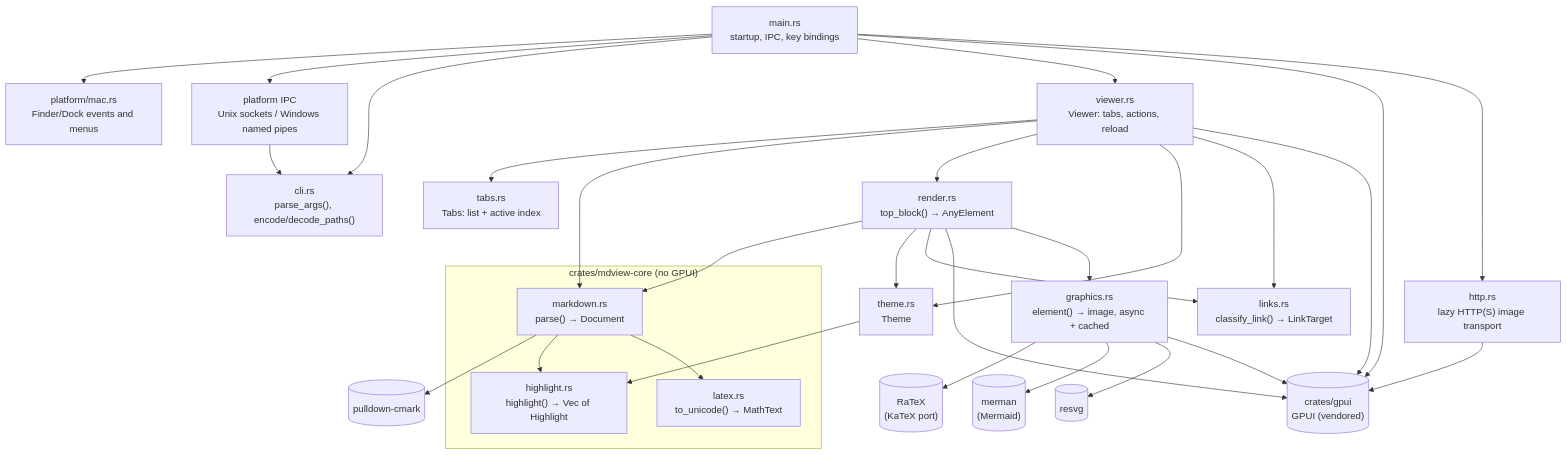
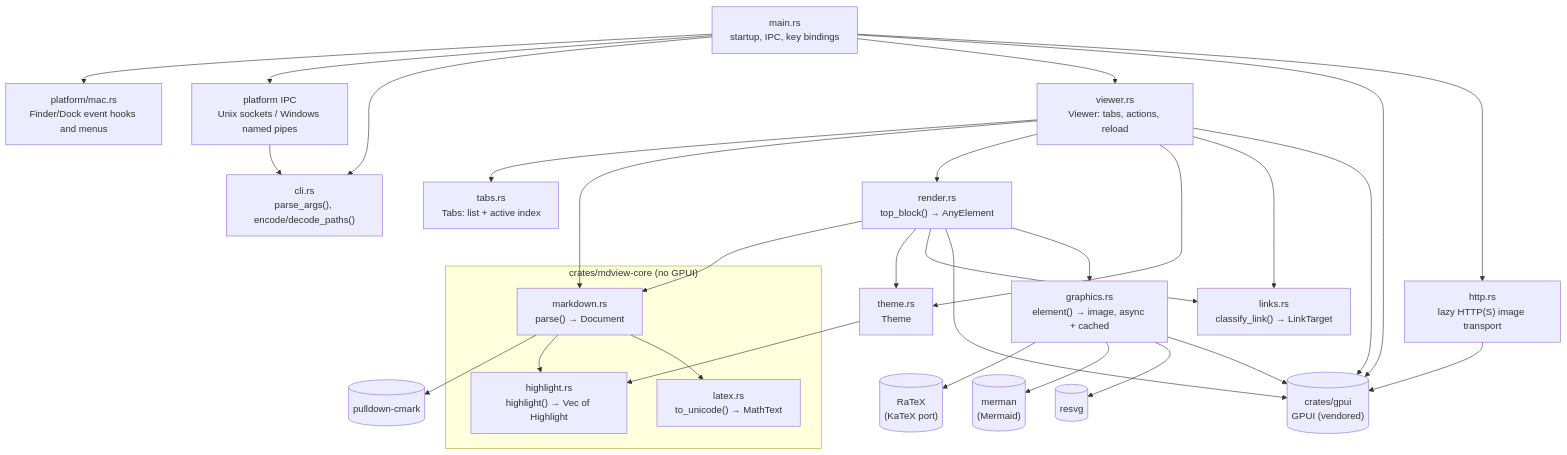
The first of 6 diagrams in docs/architecture.md (JorgeAgar/markdown-viewer-zed), drawn with Mermaid before and after one commit. The commit also changed other lines of this file and 8 other files, not shown here.

````diff
--- a/docs/architecture.md
+++ b/docs/architecture.md
@@ -31,52 +31,52 @@
 ```mermaid
 flowchart TD
     main["main.rs<br/>startup, IPC, key bindings"]
     cli["cli.rs<br/>parse_args(), encode/decode_paths()"]
     viewer["viewer.rs<br/>Viewer: tabs, actions, reload"]
     tabs["tabs.rs<br/>Tabs: list + active index"]
     subgraph core["crates/mdview-core (no GPUI)"]
         markdown["markdown.rs<br/>parse() → Document"]
         highlight["highlight.rs<br/>highlight() → Vec of Highlight"]
         latex["latex.rs<br/>to_unicode() → MathText"]
     end
     graphics["graphics.rs<br/>element() → image, async + cached"]
     ratex[("RaTeX<br/>(KaTeX port)")]
     merman[("merman<br/>(Mermaid)")]
     resvg[("resvg")]
     render["render.rs<br/>top_block() → AnyElement"]
     links["links.rs<br/>classify_link() → LinkTarget"]
     theme["theme.rs<br/>Theme"]
     gpui[("crates/gpui<br/>GPUI (vendored)")]
     cmark[("pulldown-cmark")]
 
     ipc["platform IPC<br/>Unix sockets / Windows named pipes"]
-    mac["platform/mac.rs<br/>Finder/Dock events and menus"]
+    mac["platform/mac.rs<br/>Finder/Dock event hooks and menus"]
     main --> mac
     main --> ipc
     ipc --> cli
     main --> cli
     main --> viewer
     viewer --> tabs
     main --> gpui
     viewer --> markdown
     viewer --> render
     viewer --> theme
     render --> markdown
     render --> theme
     render --> links
     viewer --> links
     http["http.rs<br/>lazy HTTP(S) image transport"]
     main --> http
     http --> gpui
     render --> gpui
     viewer --> gpui
     markdown --> cmark
     markdown --> highlight
     markdown --> latex
     theme --> highlight
     render --> graphics
     graphics --> ratex
     graphics --> merman
     graphics --> resvg
     graphics --> gpui
 ```
````
